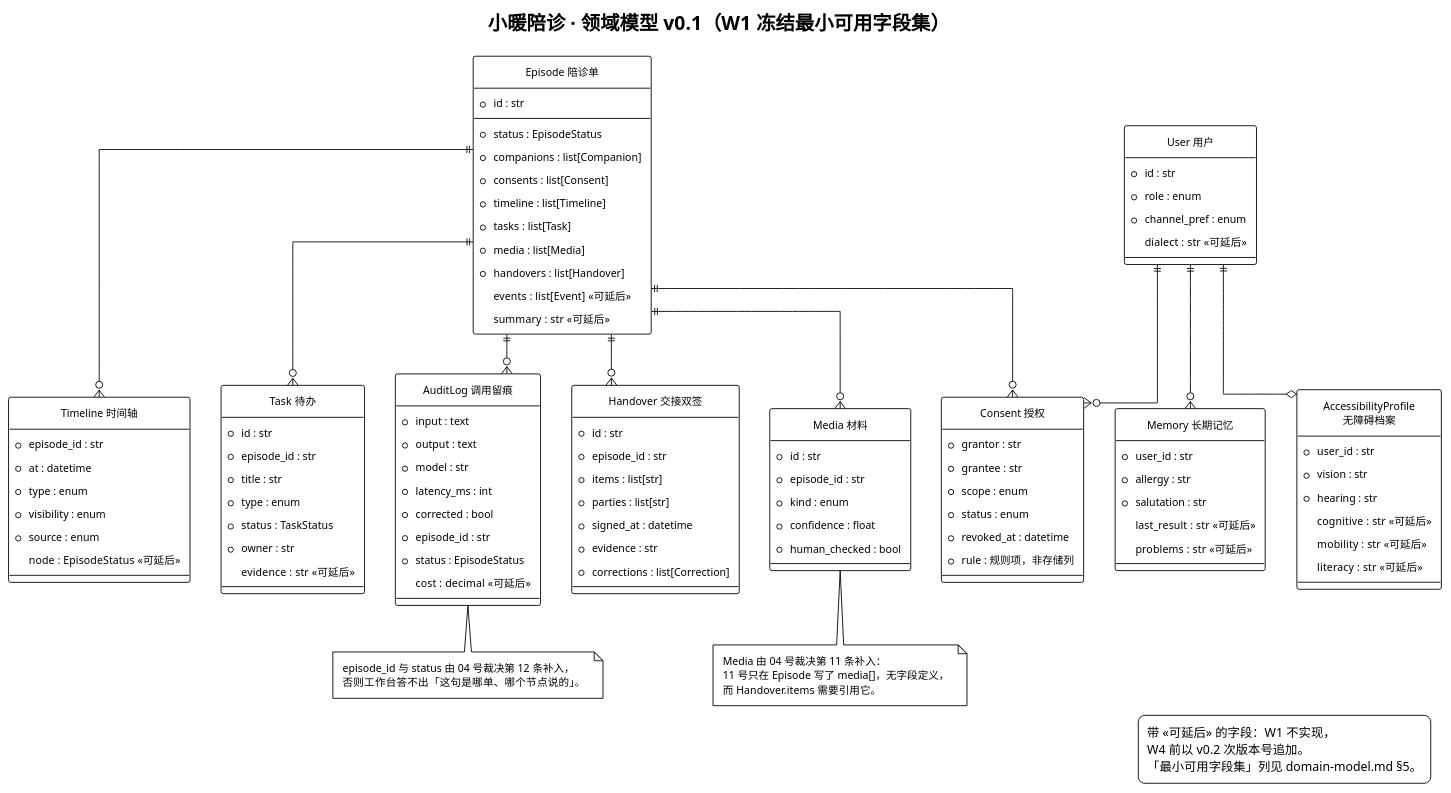
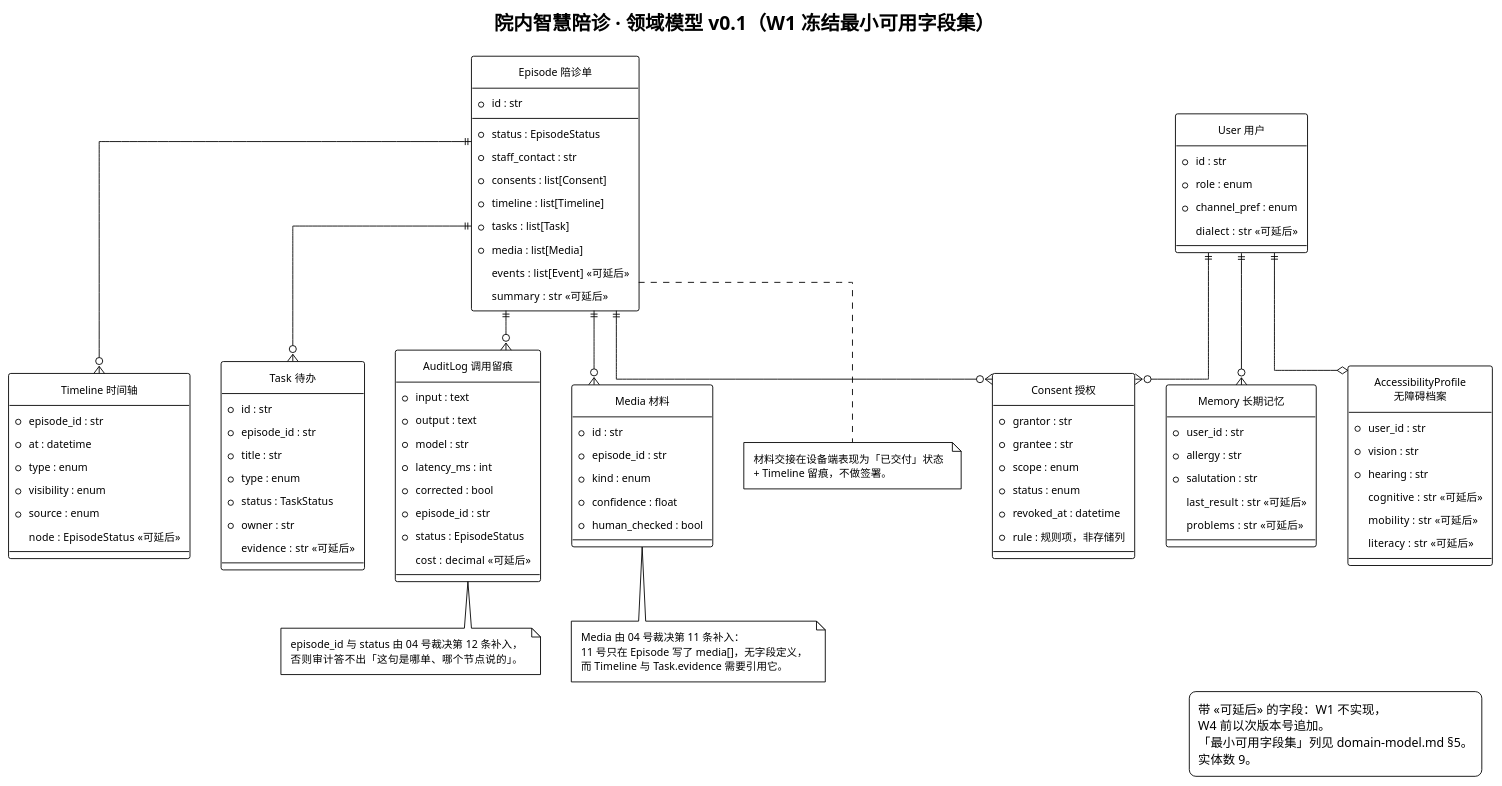
One commit to xiangyuli494-cmyk/medpal changed the diagram in docs/specs/domain-model.puml. Above: the diagram before and after it, drawn with PlantUML. The commit also changed 46 other files, not shown here.

```diff
--- a/docs/specs/domain-model.puml
+++ b/docs/specs/domain-model.puml
@@ -1,138 +1,132 @@
 @startuml domain-model-er
 !theme plain
 hide circle
 skinparam defaultFontName "Microsoft YaHei"
 skinparam defaultFontSize 12
 skinparam linetype ortho
 skinparam shadowing false
 skinparam padding 5
 skinparam classAttributeFontName "Microsoft YaHei"
 skinparam classAttributeFontSize 12
 skinparam nodesep 35
 skinparam ranksep 45
 
-title 小暖陪诊 · 领域模型 v0.1（W1 冻结最小可用字段集）
+title 院内智慧陪诊 · 领域模型 v0.1（W1 冻结最小可用字段集）
 
 entity "Episode 陪诊单" as episode {
   * id : str
   --
   * status : EpisodeStatus
-  * companions : list[Companion]
+  * staff_contact : str
   * consents : list[Consent]
   * timeline : list[Timeline]
   * tasks : list[Task]
   * media : list[Media]
-  * handovers : list[Handover]
   events : list[Event]  «可延后»
   summary : str  «可延后»
 }
 
 entity "Consent 授权" as consent {
   * grantor : str
   * grantee : str
   * scope : enum
   * status : enum
   * revoked_at : datetime
   * rule : 规则项，非存储列
 }
 
 entity "Timeline 时间轴" as timeline {
   * episode_id : str
   * at : datetime
   * type : enum
   * visibility : enum
   * source : enum
   node : EpisodeStatus  «可延后»
 }
 
 entity "Task 待办" as task {
   * id : str
   * episode_id : str
   * title : str
   * type : enum
   * status : TaskStatus
   * owner : str
   evidence : str  «可延后»
 }
 
 entity "Memory 长期记忆" as memory {
   * user_id : str
   * allergy : str
   * salutation : str
   last_result : str  «可延后»
   problems : str  «可延后»
 }
 
 entity "AuditLog 调用留痕" as audit {
   * input : text
   * output : text
   * model : str
   * latency_ms : int
   * corrected : bool
   * episode_id : str
   * status : EpisodeStatus
   cost : decimal  «可延后»
 }
 
-entity "Handover 交接双签" as handover {
-  * id : str
-  * episode_id : str
-  * items : list[str]
-  * parties : list[str]
-  * signed_at : datetime
-  * evidence : str
-  * corrections : list[Correction]
-}
-
 entity "User 用户" as user {
   * id : str
   * role : enum
   * channel_pref : enum
   dialect : str  «可延后»
 }
 
 entity "AccessibilityProfile\n无障碍档案" as access {
   * user_id : str
   * vision : str
   * hearing : str
   cognitive : str  «可延后»
   mobility : str  «可延后»
   literacy : str  «可延后»
 }
 
 entity "Media 材料" as media {
   * id : str
   * episode_id : str
   * kind : enum
   * confidence : float
   * human_checked : bool
 }
 
 episode ||--o{ timeline
 episode ||--o{ task
-episode ||--o{ handover
 episode ||--o{ consent
 episode ||--o{ media
 episode ||--o{ audit
 user   ||--o{ consent
 user   ||--o{ memory
 user   ||--o  access
 
+note bottom of episode
+  材料交接在设备端表现为「已交付」状态
+  + Timeline 留痕，不做签署。
+end note
+
 note bottom of media
   Media 由 04 号裁决第 11 条补入：
   11 号只在 Episode 写了 media[]，无字段定义，
-  而 Handover.items 需要引用它。
+  而 Timeline 与 Task.evidence 需要引用它。
 end note
 
 note bottom of audit
   episode_id 与 status 由 04 号裁决第 12 条补入，
-  否则工作台答不出「这句是哪单、哪个节点说的」。
+  否则审计答不出「这句是哪单、哪个节点说的」。
 end note
 
 legend right
   带 «可延后» 的字段：W1 不实现，
-  W4 前以 v0.2 次版本号追加。
+  W4 前以次版本号追加。
   「最小可用字段集」列见 domain-model.md §5。
+  实体数 9。
 endlegend
 
 @enduml
```
